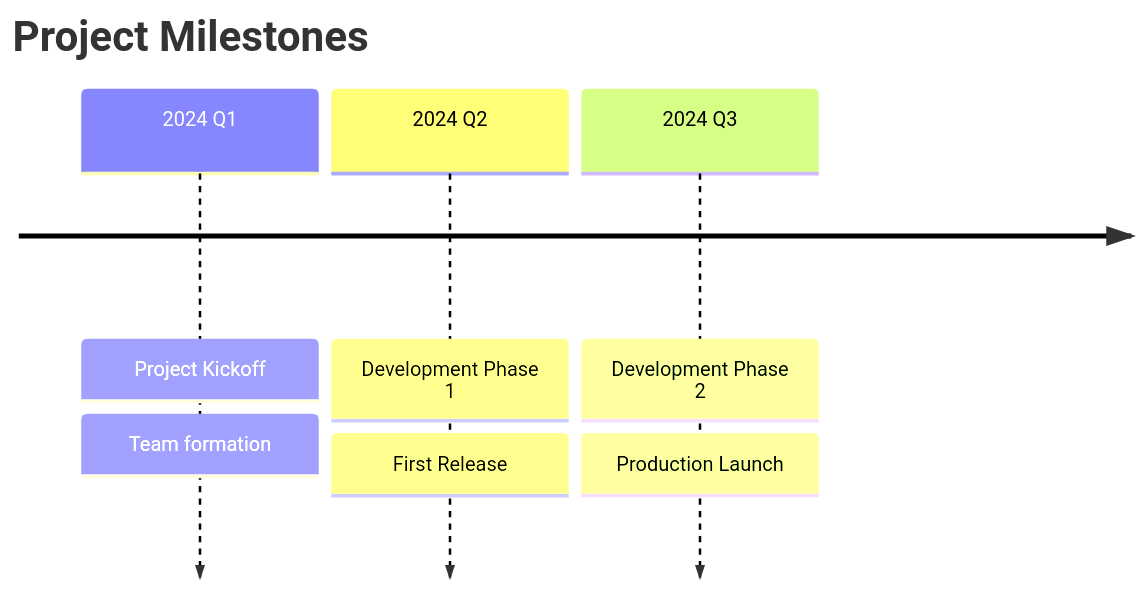
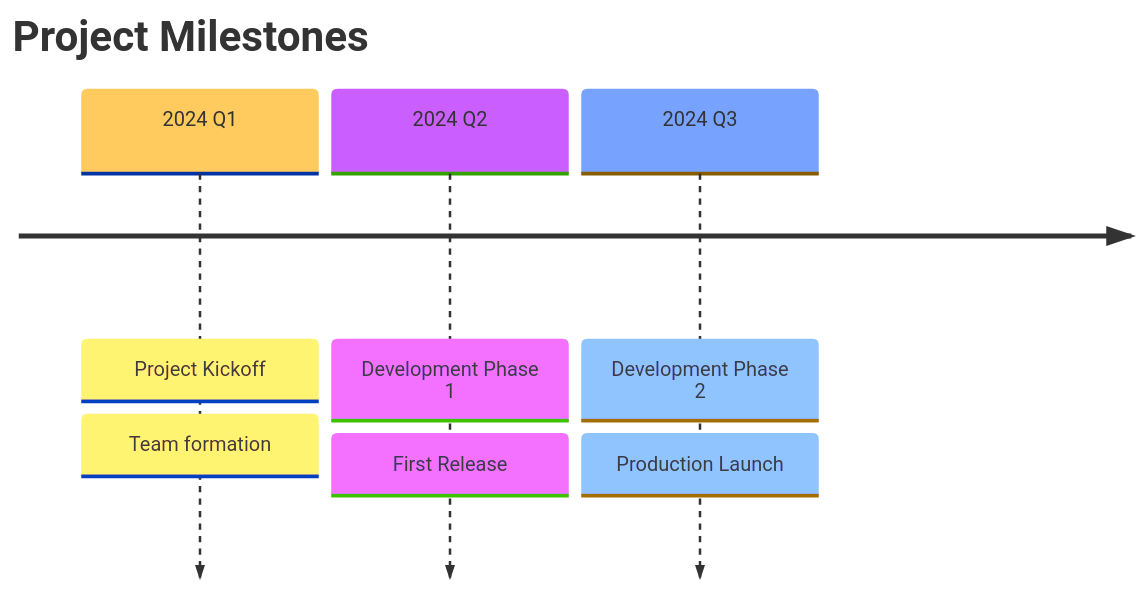
The first of 7 diagrams in examples/timeline.md (zhiweio/mermaid-illustrate), drawn with Mermaid before and after one commit. The commit also changed other lines of this file and 22 other files, not shown here.

````diff
--- a/examples/timeline.md
+++ b/examples/timeline.md
@@ -24,7 +24,11 @@
 ```mermaid
+---
+config:
+  theme: 'base'
+---
 timeline
     title Project Milestones
     2024 Q1 : Project Kickoff : Team formation
     2024 Q2 : Development Phase 1 : First Release
     2024 Q3 : Development Phase 2 : Production Launch
 ```
````
